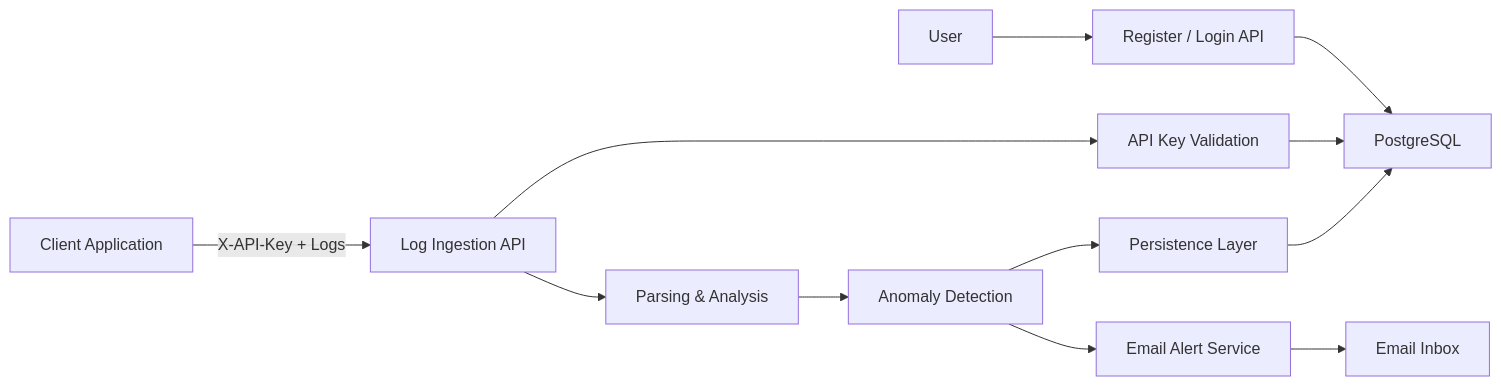
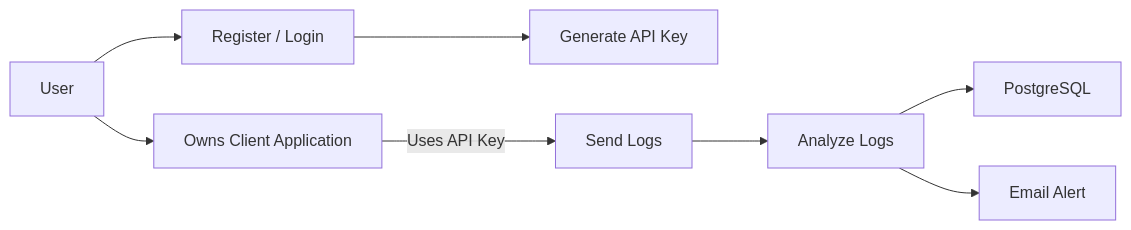
One commit to nirmala-sharma/LogSignals changed the first of 3 diagrams in README.md. Above: the diagram before and after it, drawn with Mermaid. The commit also changed other lines of this file, not shown here.

````diff
--- a/README.md
+++ b/README.md
@@ -50,17 +53,10 @@
 ```mermaid
 flowchart LR
-    U["User"] --> R["Register / Login API"]
-    R --> DB["PostgreSQL"]
-
-    C["Client Application"] -->|X-API-Key + Logs| A["Log Ingestion API"]
-    A --> V["API Key Validation"]
-    V --> DB
-
-    A --> P["Parsing & Analysis"]
-    P --> D["Anomaly Detection"]
-    D --> S["Persistence Layer"]
-    S --> DB
-
-    D --> E["Email Alert Service"]
-    E --> M["Email Inbox"]
+    U[User] --> R[Register / Login]
+    U --> C[Owns Client Application]
+    R --> K[Generate API Key]
+    C -->|Uses API Key| L[Send Logs]
+    L --> A[Analyze Logs]
+    A --> D[PostgreSQL]
+    A --> E[Email Alert]
 ```
````
